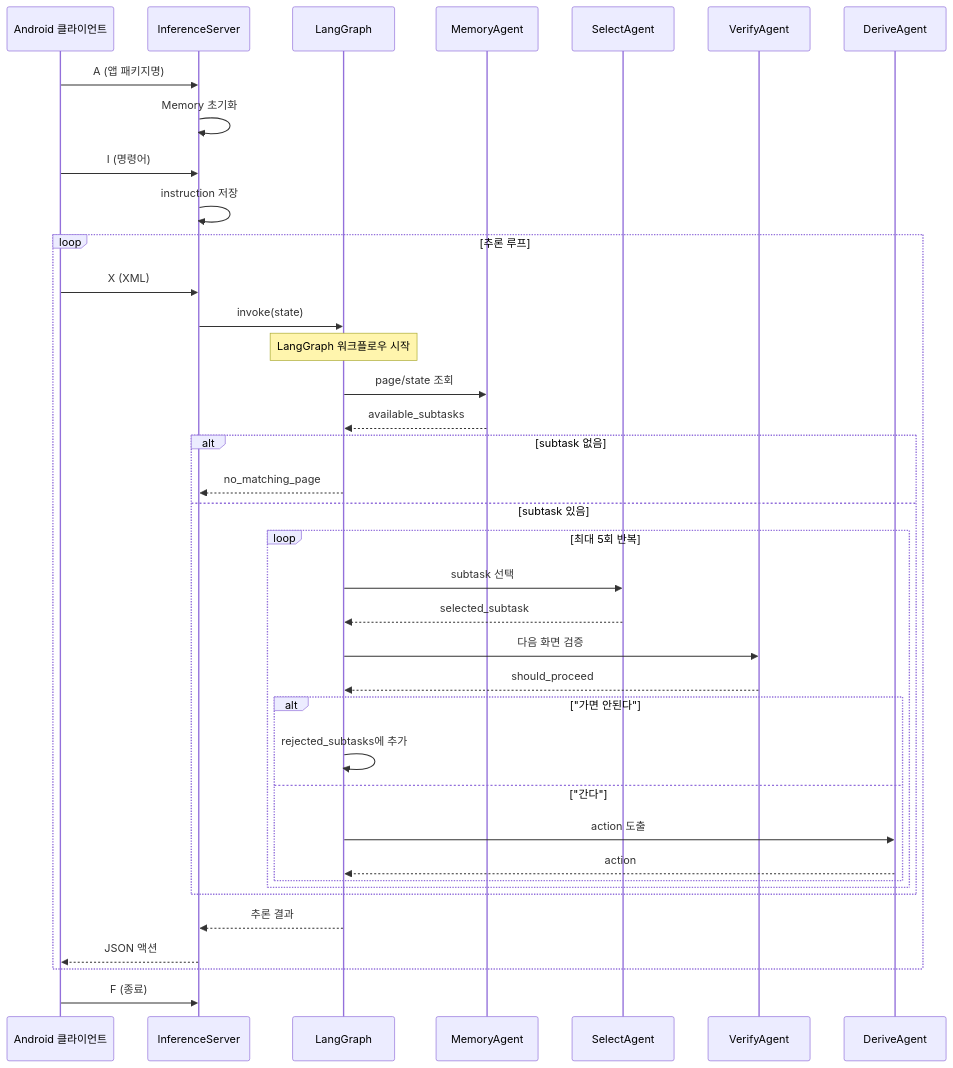
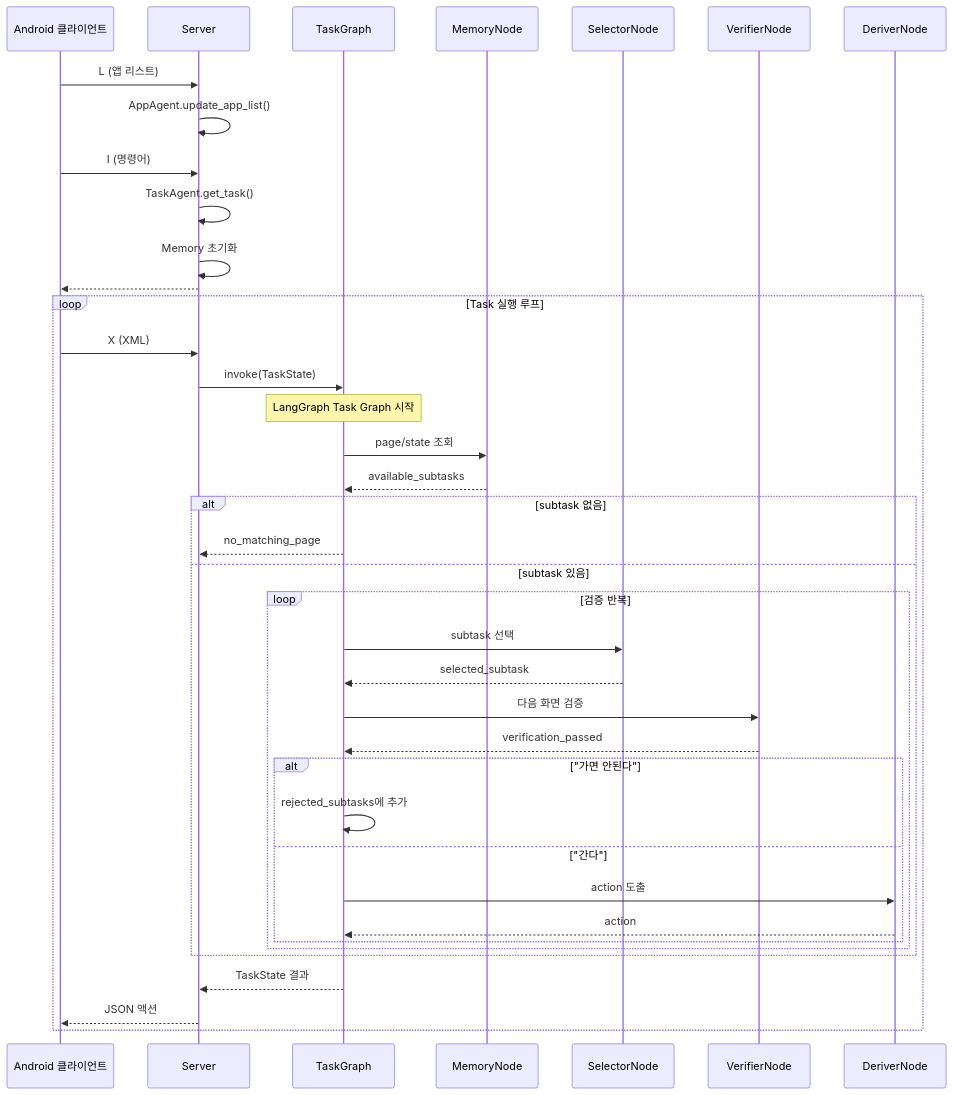
The tenth of 18 diagrams in ARCHITECTURE.md (SaFD-00/MobileGPT-V2), drawn with Mermaid before and after one commit. The commit also changed other lines of this file and 1 other file, not shown here.

````diff
--- a/ARCHITECTURE.md
+++ b/ARCHITECTURE.md
@@ -562,50 +503,50 @@
 ```mermaid
 sequenceDiagram
     participant Client as Android 클라이언트
-    participant Server as InferenceServer
-    participant Graph as LangGraph
-    participant Memory as MemoryAgent
-    participant Select as SelectAgent
-    participant Verify as VerifyAgent
-    participant Derive as DeriveAgent
+    participant Server as Server
+    participant Graph as TaskGraph
+    participant Memory as MemoryNode
+    participant Select as SelectorNode
+    participant Verify as VerifierNode
+    participant Derive as DeriverNode
 
-    Client->>Server: A (앱 패키지명)
-    Server->>Server: Memory 초기화
+    Client->>Server: L (앱 리스트)
+    Server->>Server: AppAgent.update_app_list()
 
     Client->>Server: I (명령어)
-    Server->>Server: instruction 저장
+    Server->>Server: TaskAgent.get_task()
+    Server->>Server: Memory 초기화
+    Server-->>Client: ##$$## + 패키지명
 
-    loop 추론 루프
+    loop Task 실행 루프
         Client->>Server: X (XML)
-        Server->>Graph: invoke(state)
+        Server->>Graph: invoke(TaskState)
 
-        Note over Graph: LangGraph 워크플로우 시작
+        Note over Graph: LangGraph Task Graph 시작
 
         Graph->>Memory: page/state 조회
         Memory-->>Graph: available_subtasks
 
         alt subtask 없음
             Graph-->>Server: no_matching_page
         else subtask 있음
-            loop 최대 5회 반복
+            loop 검증 반복
                 Graph->>Select: subtask 선택
                 Select-->>Graph: selected_subtask
 
                 Graph->>Verify: 다음 화면 검증
-                Verify-->>Graph: should_proceed
+                Verify-->>Graph: verification_passed
 
                 alt "가면 안된다"
                     Graph->>Graph: rejected_subtasks에 추가
                 else "간다"
                     Graph->>Derive: action 도출
                     Derive-->>Graph: action
                 end
             end
         end
 
-        Graph-->>Server: 추론 결과
+        Graph-->>Server: TaskState 결과
         Server-->>Client: JSON 액션
     end
-
-    Client->>Server: F (종료)
 ```
````
